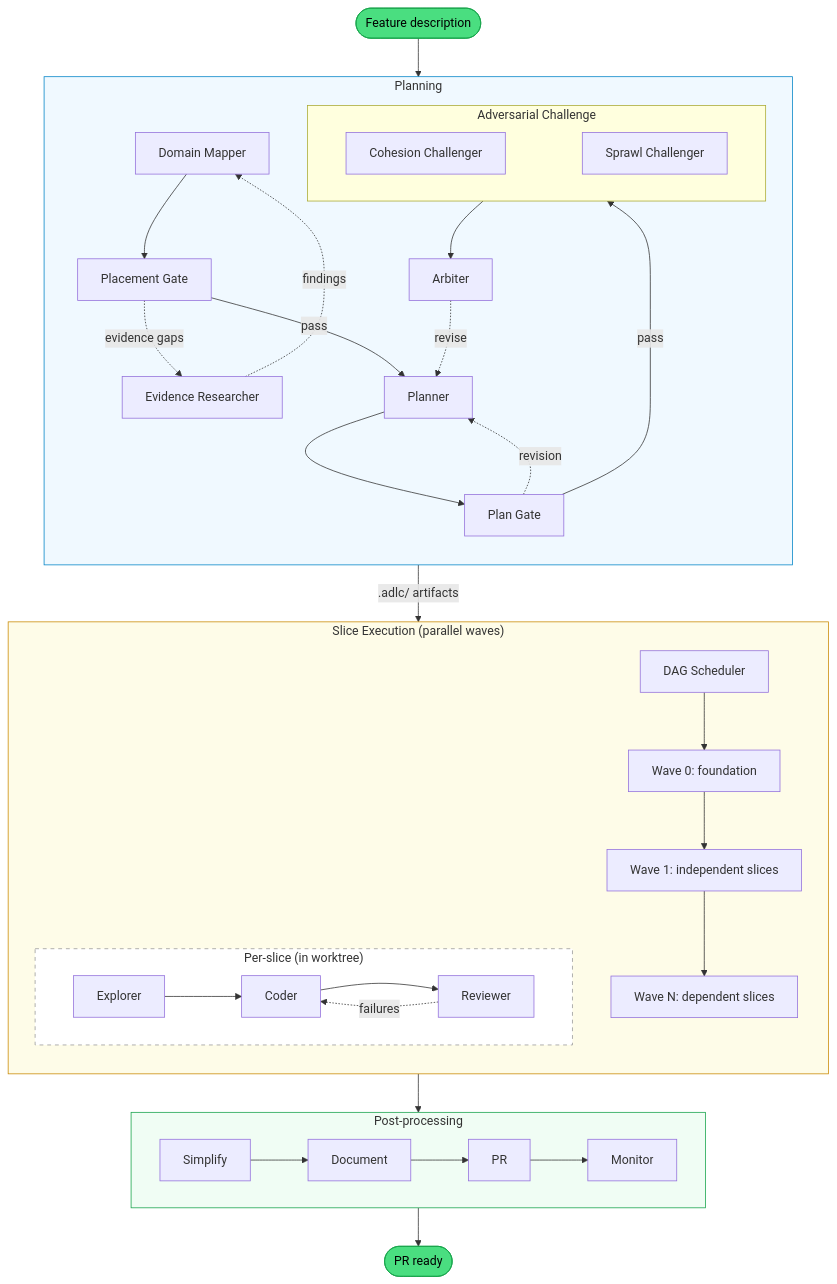
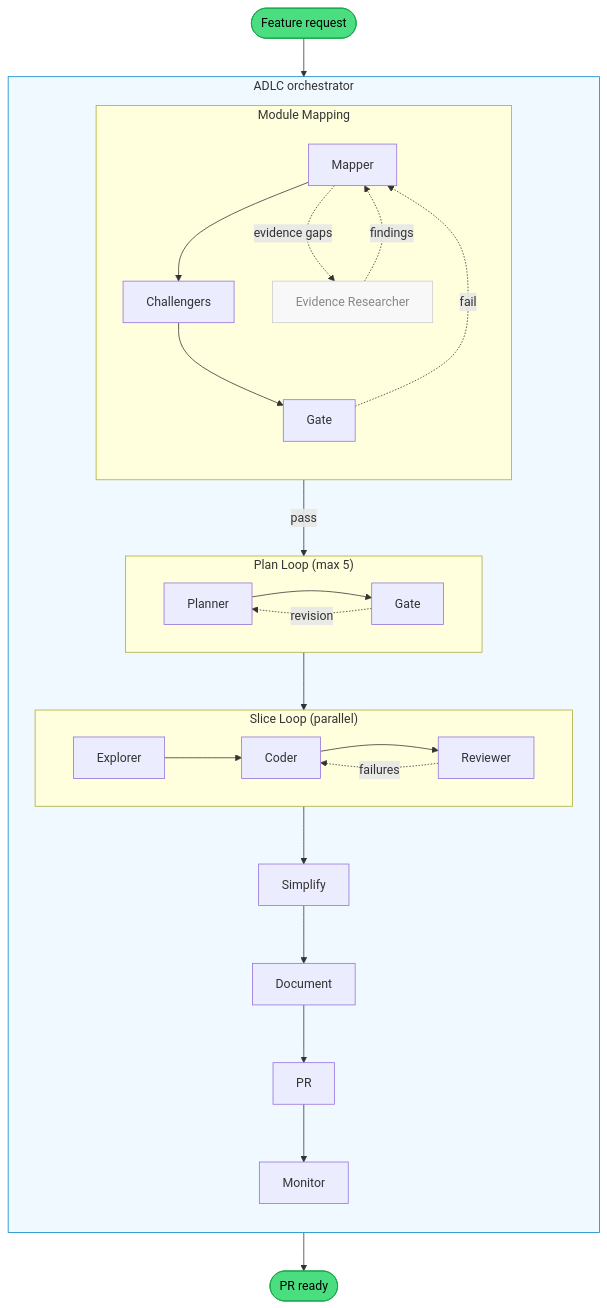
The diagram in v3/README.md (patricklafrance/plantz-claude-v2), drawn with Mermaid before and after one commit. The commit also changed other lines of this file, not shown here.

Commit message:
feat: rename ADLC Orchestrator to ADLC Harness and update README for clarity and structure

````diff
--- a/v3/README.md
+++ b/v3/README.md
@@ -34,51 +26,40 @@
 ```mermaid
 flowchart TD
-    Start([Feature description]) --> Plan
+    Start([Feature request]) --> Coord
 
-    subgraph Plan["Planning"]
+    subgraph Coord["ADLC orchestrator"]
         direction TB
-        DM["Domain Mapper"] --> PG["Placement Gate"]
-        PG -. "evidence gaps" .-> ER["Evidence Researcher"] -. "findings" .-> DM
-        PG -- "pass" --> Planner
-        Planner --> PlanGate["Plan Gate"]
-        PlanGate -. "revision" .-> Planner
-        PlanGate -- "pass" --> Challenge
-        subgraph Challenge["Adversarial Challenge"]
+
+        subgraph ModuleMap["Module Mapping"]
+            direction TB
+            Mapper --> Challengers --> Gate
+            Mapper -. "evidence gaps" .-> Evidence["Evidence Researcher"] -. findings .-> Mapper
+            Gate -. "fail" .-> Mapper
+        end
+
+        Gate -- "pass" --> PlanLoop
+
+        subgraph PlanLoop["Plan Loop (max 5)"]
             direction LR
-            CC["Cohesion Challenger"] ~~~ SC["Sprawl Challenger"]
+            Planner --> PlanGate["Gate"]
+            PlanGate -. "revision" .-> Planner
         end
-        Challenge --> Arbiter
-        Arbiter -. "revise" .-> Planner
-    end
 
-    Plan -- ".adlc/ artifacts" --> Exec
+        PlanLoop --> SliceLoop
 
-    subgraph Exec["Slice Execution (parallel waves)"]
-        direction TB
-        DAG["DAG Scheduler"] --> W0["Wave 0: foundation"]
-        W0 --> W1["Wave 1: independent slices"]
-        W1 --> W2["Wave N: dependent slices"]
-
-        subgraph Slice["Per-slice (in worktree)"]
+        subgraph SliceLoop["Slice Loop (parallel)"]
             direction LR
             Explorer --> Coder --> Reviewer
             Reviewer -. "failures" .-> Coder
         end
-    end
 
-    Exec --> Post
-
-    subgraph Post["Post-processing"]
-        direction LR
-        Simplify --> Document --> PR --> Monitor
+        SliceLoop --> Simplify --> Document --> PR --> Monitor
     end
 
     Monitor --> Done([PR ready])
 
     style Start fill:#4ade80,stroke:#16a34a,color:#000
     style Done fill:#4ade80,stroke:#16a34a,color:#000
-    style Plan fill:#f0f9ff,stroke:#0284c7
-    style Exec fill:#fefce8,stroke:#ca8a04
-    style Post fill:#f0fdf4,stroke:#16a34a
-    style Slice fill:#fff,stroke:#999,stroke-dasharray: 5 5
+    style Coord fill:#f0f9ff,stroke:#0284c7
+    style Evidence fill:#f8f8f8,stroke:#ccc,color:#888
 ```
````
